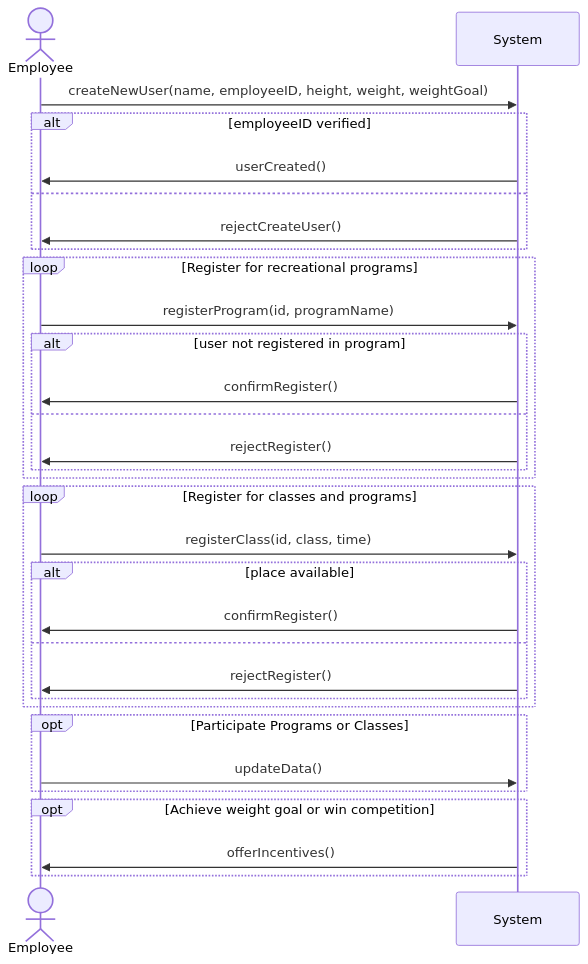
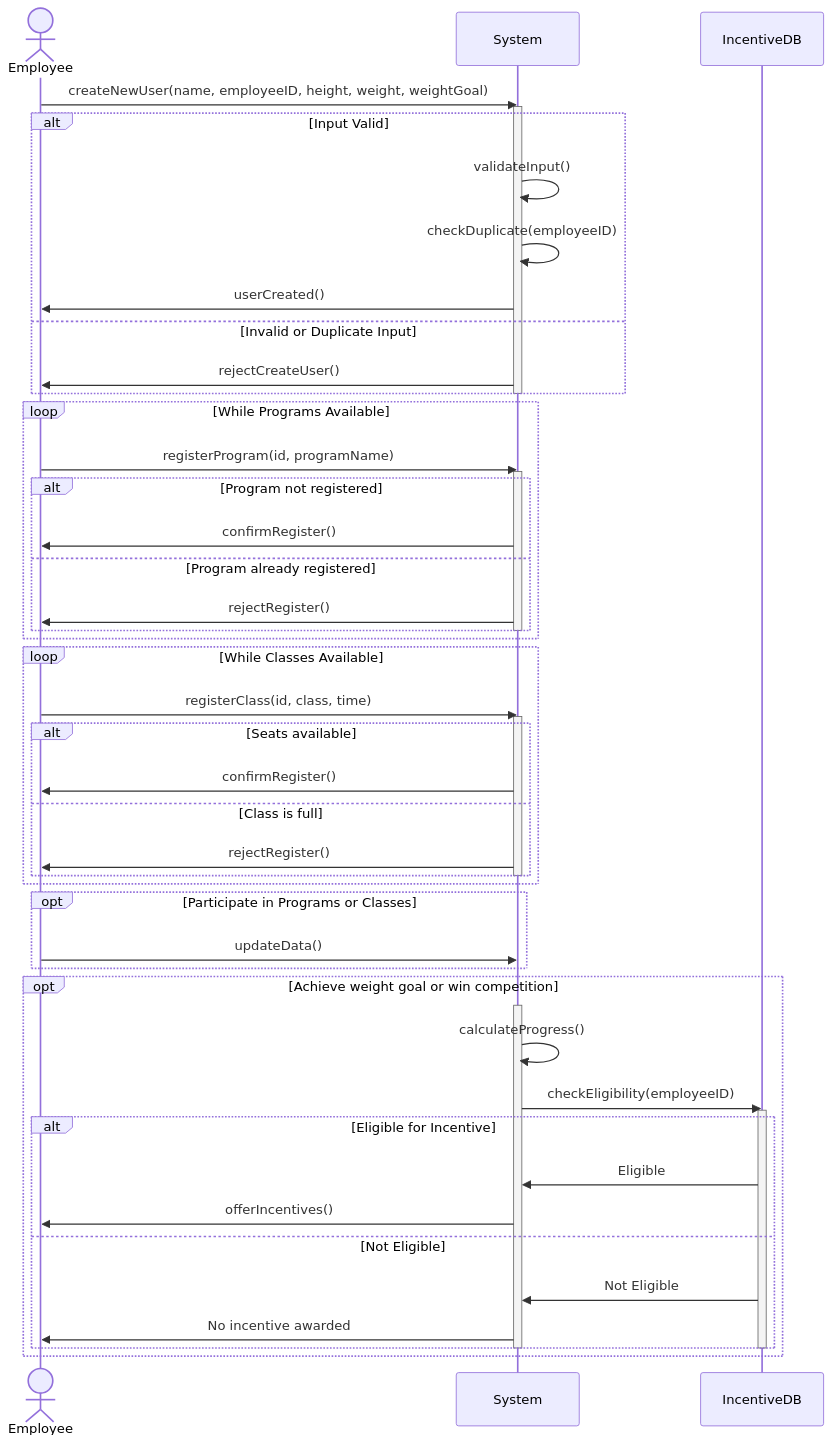
One commit to seven8301/iodraw-files changed the diagram in all/未命名-1.md. Above: the diagram before and after it, drawn with Mermaid.

Commit message:
2024-10-15 16:03:02 update

````diff
--- a/all/未命名-1.md
+++ b/all/未命名-1.md
@@ -1,38 +1,59 @@
 ```mermaid
 sequenceDiagram
     actor Employee
     participant System
+    participant IncentiveDB
 
     Employee->>System: createNewUser(name, employeeID, height, weight, weightGoal)
-    alt employeeID verified
+    activate System
+    alt Input Valid
+        System->>System: validateInput()
+        System->>System: checkDuplicate(employeeID)
         System->>Employee: userCreated()
-    else
+    else Invalid or Duplicate Input
         System->>Employee: rejectCreateUser()
     end
+    deactivate System
 
-    loop Register for recreational programs
+    loop While Programs Available
         Employee->>System: registerProgram(id, programName)
-        alt user not registered in program
+        activate System
+        alt Program not registered
             System->>Employee: confirmRegister()
-        else
+        else Program already registered
             System->>Employee: rejectRegister()
         end
+        deactivate System
     end
 
-    loop Register for classes and programs
+    loop While Classes Available
         Employee->>System: registerClass(id, class, time)
-        alt place available
+        activate System
+        alt Seats available
             System->>Employee: confirmRegister()
-        else
+        else Class is full
             System->>Employee: rejectRegister()
         end
+        deactivate System
     end
 
-    opt Participate Programs or Classes
+    opt Participate in Programs or Classes
         Employee->>System: updateData()
     end
 
     opt Achieve weight goal or win competition
-        System->>Employee: offerIncentives()
+        activate System
+        System->>System: calculateProgress()
+        System->>IncentiveDB: checkEligibility(employeeID)
+        activate IncentiveDB
+        alt Eligible for Incentive
+            IncentiveDB->>System: Eligible
+            System->>Employee: offerIncentives()
+        else Not Eligible
+            IncentiveDB->>System: Not Eligible
+            System->>Employee: No incentive awarded
+        end
+        deactivate IncentiveDB
+        deactivate System
     end
 ```
````
